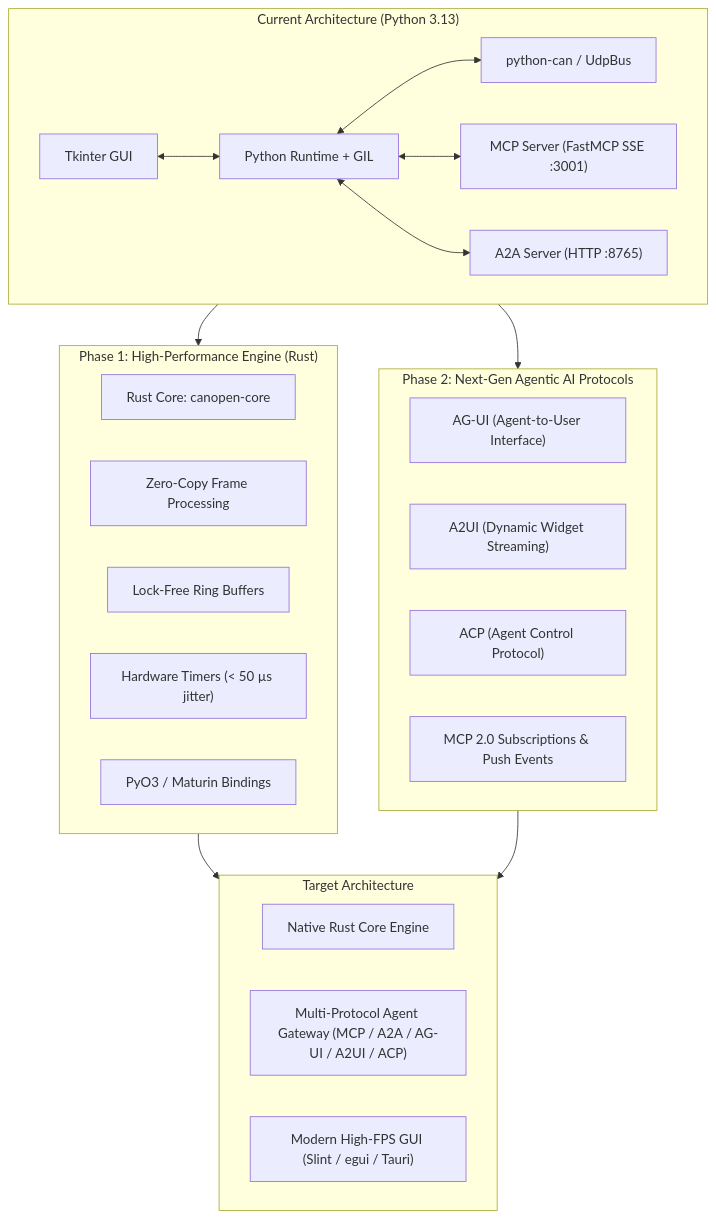
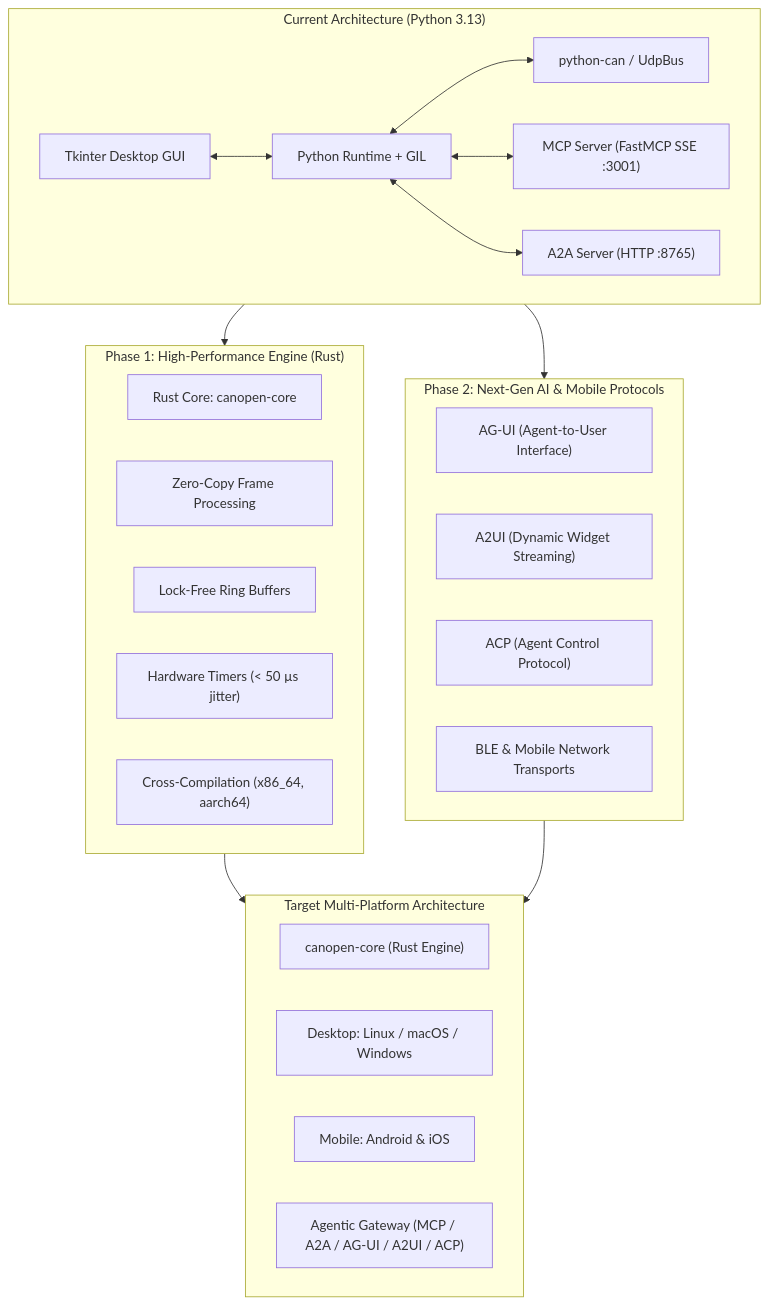
The first of 2 diagrams in ROADMAP.md (s-celles/canopen-studio), drawn with Mermaid before and after one commit. The commit also changed other lines of this file, not shown here.

Commit message:
docs: add mobile Android and iOS support to roadmap

````diff
--- a/ROADMAP.md
+++ b/ROADMAP.md
@@ -13,35 +14,36 @@
 ```mermaid
 flowchart TD
     subgraph Current["Current Architecture (Python 3.13)"]
-        A[Tkinter GUI] <--> B[Python Runtime + GIL]
+        A[Tkinter Desktop GUI] <--> B[Python Runtime + GIL]
         B <--> C[python-can / UdpBus]
         B <--> D["MCP Server (FastMCP SSE :3001)"]
         B <--> E["A2A Server (HTTP :8765)"]
     end
 
     subgraph Phase1["Phase 1: High-Performance Engine (Rust)"]
         R1["Rust Core: canopen-core"]
         R2["Zero-Copy Frame Processing"]
         R3["Lock-Free Ring Buffers"]
         R4["Hardware Timers (< 50 µs jitter)"]
-        R5["PyO3 / Maturin Bindings"]
+        R5["Cross-Compilation (x86_64, aarch64)"]
     end
 
-    subgraph Phase2["Phase 2: Next-Gen Agentic AI Protocols"]
+    subgraph Phase2["Phase 2: Next-Gen AI & Mobile Protocols"]
         P1["AG-UI (Agent-to-User Interface)"]
         P2["A2UI (Dynamic Widget Streaming)"]
         P3["ACP (Agent Control Protocol)"]
-        P4["MCP 2.0 Subscriptions & Push Events"]
+        P4["BLE & Mobile Network Transports"]
     end
 
-    subgraph Target["Target Architecture"]
-        T1["Native Rust Core Engine"]
-        T2["Multi-Protocol Agent Gateway (MCP / A2A / AG-UI / A2UI / ACP)"]
-        T3["Modern High-FPS GUI (Slint / egui / Tauri)"]
+    subgraph Target["Target Multi-Platform Architecture"]
+        T1["canopen-core (Rust Engine)"]
+        T2["Desktop: Linux / macOS / Windows"]
+        T3["Mobile: Android & iOS"]
+        T4["Agentic Gateway (MCP / A2A / AG-UI / A2UI / ACP)"]
     end
 
     Current --> Phase1
     Current --> Phase2
     Phase1 --> Target
     Phase2 --> Target
 ```
````
